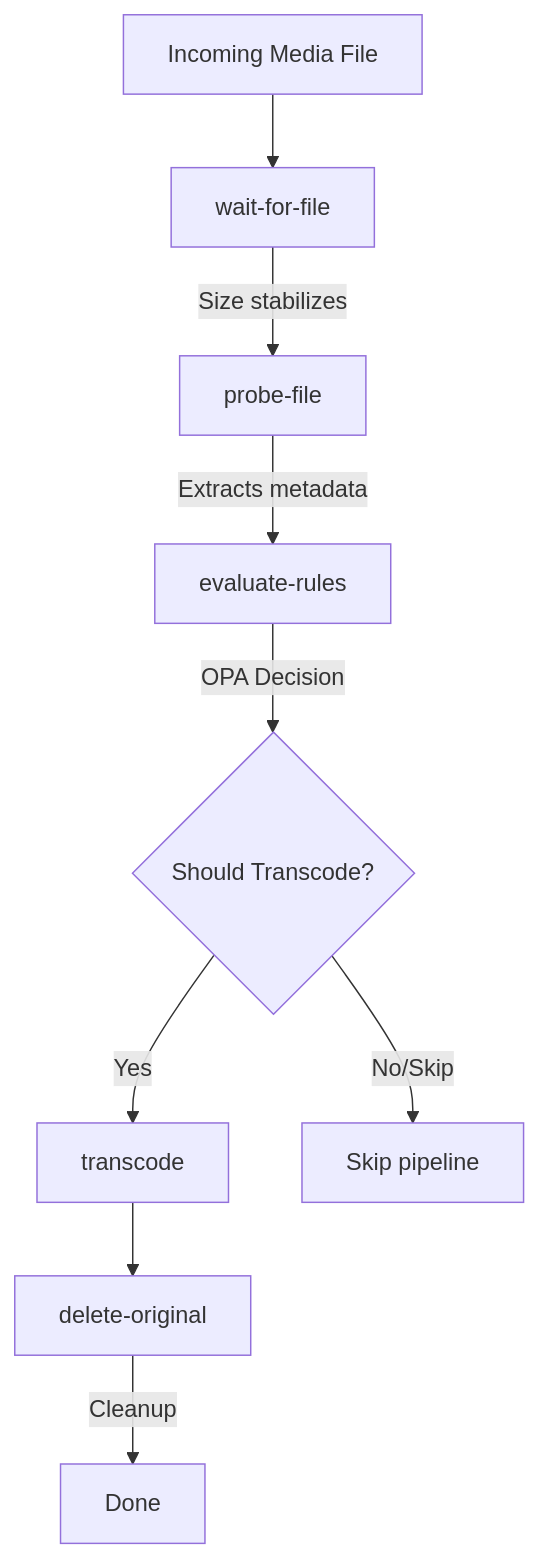
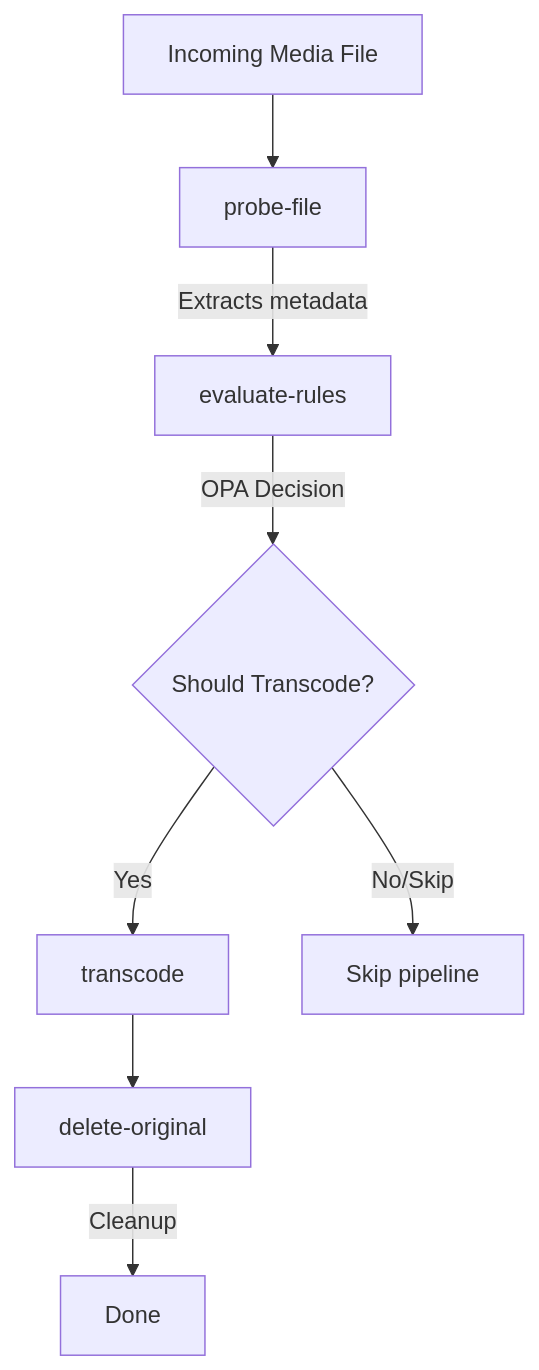
One commit to kevinastone/k8s-home changed the diagram in apps/media/transcoder/README.md. Above: the diagram before and after it, drawn with Mermaid. The commit also changed other lines of this file and 3 other files, not shown here.

````diff
--- a/apps/media/transcoder/README.md
+++ b/apps/media/transcoder/README.md
@@ -11,11 +11,10 @@
 ```mermaid
 graph TD
-    A[Incoming Media File] --> B[wait-for-file]
-    B -->|Size stabilizes| C[probe-file]
+    A[Incoming Media File] --> C[probe-file]
     C -->|Extracts metadata| D[evaluate-rules]
     D -->|OPA Decision| E{Should Transcode?}
     E -->|Yes| F[transcode]
     E -->|No/Skip| H[Skip pipeline]
     F --> G[delete-original]
     G -->|Cleanup| I[Done]
 ```
````
